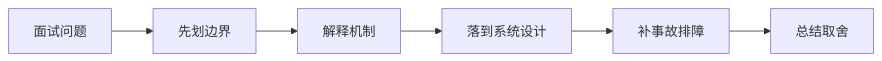
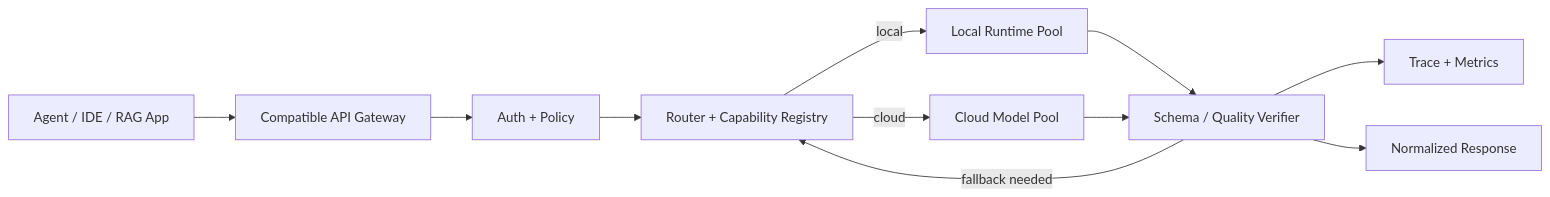
Before and after one commit to wumindc/for-work: the diagram in content/questions/q-local-ai-inference-stack-deep.md, drawn with Mermaid. The commit also changed other lines of this file and 6 other files, not shown here.

````diff
--- a/content/questions/q-local-ai-inference-stack-deep.md
+++ b/content/questions/q-local-ai-inference-stack-deep.md
@@ -56,8 +13,13 @@
 ```mermaid
 flowchart LR
-  Q[面试问题] --> Boundary[先划边界]
-  Boundary --> Mechanism[解释机制]
-  Mechanism --> Design[落到系统设计]
-  Design --> Incident[补事故排障]
-  Incident --> Tradeoff[总结取舍]
+  App[Agent / IDE / RAG App] --> API[Compatible API Gateway]
+  API --> Auth[Auth + Policy]
+  Auth --> Router[Router + Capability Registry]
+  Router -->|local| LocalPool[Local Runtime Pool]
+  Router -->|cloud| CloudPool[Cloud Model Pool]
+  LocalPool --> Verifier[Schema / Quality Verifier]
+  CloudPool --> Verifier
+  Verifier --> Trace[Trace + Metrics]
+  Verifier --> Response[Normalized Response]
+  Verifier -->|fallback needed| Router
 ```
````
